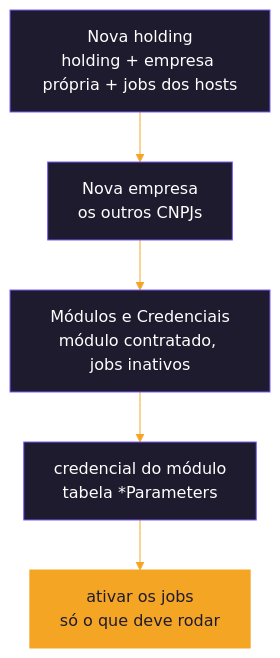
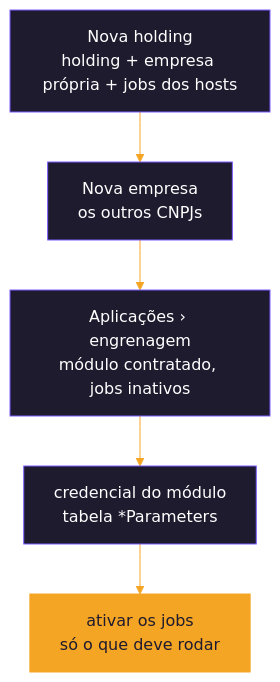
Before and after one commit to cayo-kume/extract-transform-load-integrations-system: the second of 2 diagrams in GUIA-DE-USO.md, drawn with Mermaid. The commit also changed other lines of this file and 35 other files, not shown here.

````diff
--- a/GUIA-DE-USO.md
+++ b/GUIA-DE-USO.md
@@ -173,11 +173,11 @@
 ```mermaid
 %%{init: {'theme':'base','themeVariables':{'primaryColor':'#1e1b2e','primaryTextColor':'#ffffff','primaryBorderColor':'#7c5cff','lineColor':'#f5a524','textColor':'#1e1b2e','clusterBkg':'#f5f3ff','clusterBorder':'#7c5cff','titleColor':'#1e1b2e','edgeLabelBackground':'#1e1b2e'}}}%%
 flowchart TB
     A["Nova holding<br/>holding + empresa própria + jobs dos hosts"] --> B["Nova empresa<br/>os outros CNPJs"]
-    B --> C["Módulos e Credenciais<br/>módulo contratado, jobs inativos"]
+    B --> C["Aplicações › engrenagem<br/>módulo contratado, jobs inativos"]
     C --> D["credencial do módulo<br/>tabela *Parameters"]
     D --> E["ativar os jobs<br/>só o que deve rodar"]
 
     classDef warm fill:#f5a524,stroke:#f5a524,color:#1e1b2e
     class E warm
 ```
````
